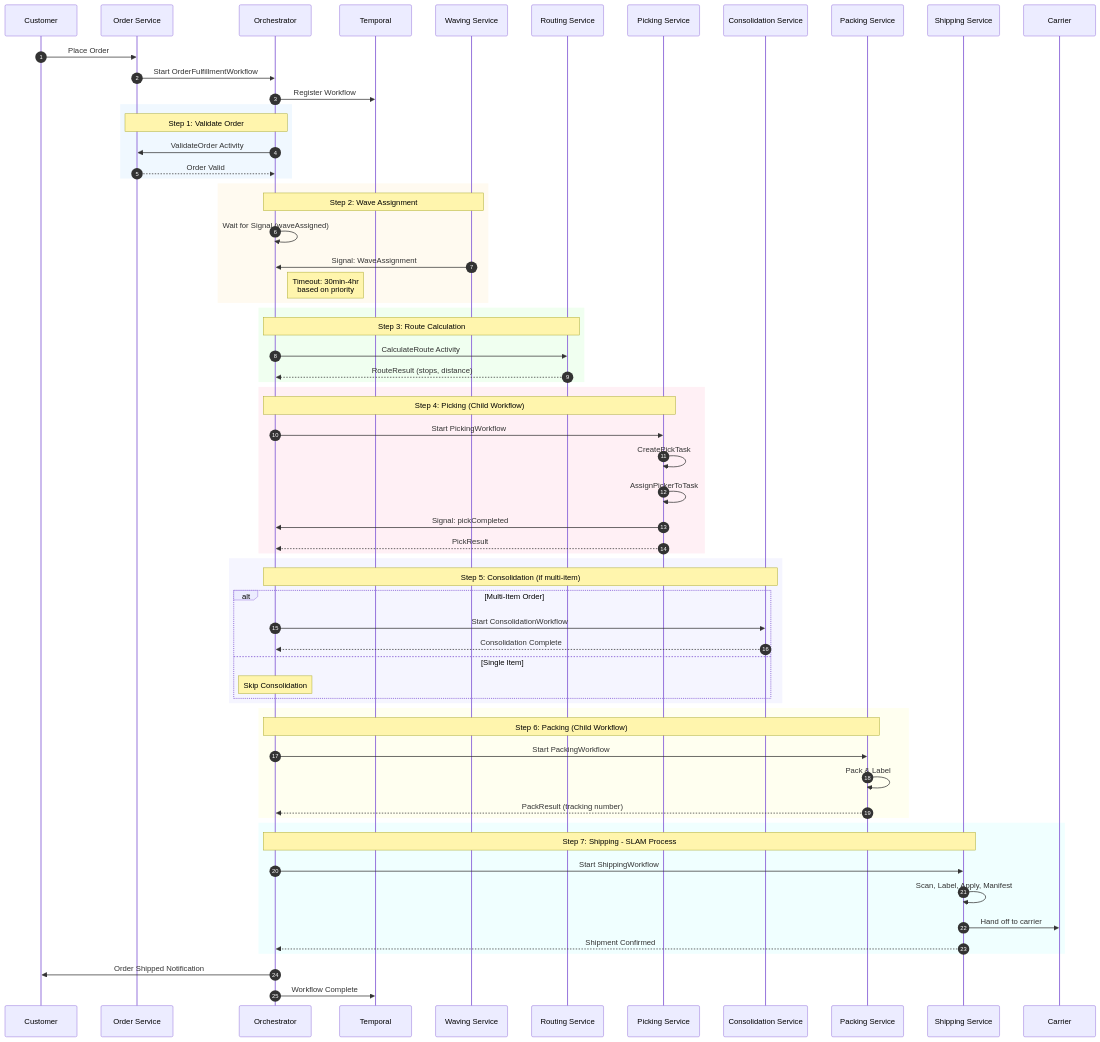
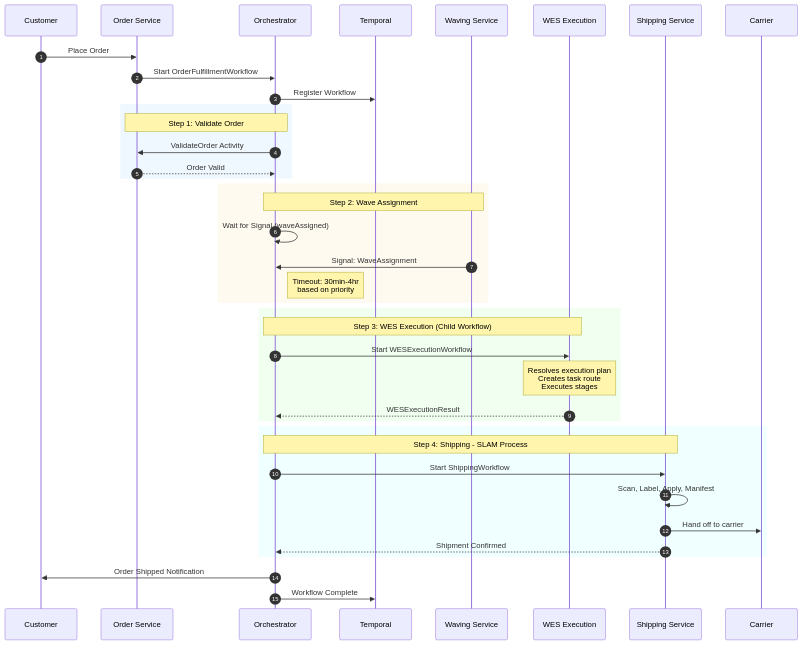
The first of 7 diagrams in ecosystem-documentation/docs/architecture/sequence-diagrams/order-fulfillment.md (temporal-wms/wms-platform), drawn with Mermaid before and after one commit. The commit also changed other lines of this file and 23 other files, not shown here.

First line of the commit message:
fix: add walling-service and wes-service to deployment pipeline

````diff
--- a/ecosystem-documentation/docs/architecture/sequence-diagrams/order-fulfillment.md
+++ b/ecosystem-documentation/docs/architecture/sequence-diagrams/order-fulfillment.md
@@ -11,75 +11,47 @@
 ```mermaid
 sequenceDiagram
     autonumber
     participant Customer
     participant OrderSvc as Order Service
     participant Orchestrator
     participant Temporal
     participant WavingSvc as Waving Service
-    participant RoutingSvc as Routing Service
-    participant PickingSvc as Picking Service
-    participant ConsolidationSvc as Consolidation Service
-    participant PackingSvc as Packing Service
+    participant WES as WES Execution
     participant ShippingSvc as Shipping Service
     participant Carrier
 
     Customer->>OrderSvc: Place Order
     OrderSvc->>Orchestrator: Start OrderFulfillmentWorkflow
     Orchestrator->>Temporal: Register Workflow
 
     rect rgb(240, 248, 255)
         Note over Orchestrator,OrderSvc: Step 1: Validate Order
         Orchestrator->>OrderSvc: ValidateOrder Activity
         OrderSvc-->>Orchestrator: Order Valid
     end
 
     rect rgb(255, 250, 240)
         Note over Orchestrator,WavingSvc: Step 2: Wave Assignment
         Orchestrator->>Orchestrator: Wait for Signal (waveAssigned)
         WavingSvc->>Orchestrator: Signal: WaveAssignment
         Note right of Orchestrator: Timeout: 30min-4hr<br/>based on priority
     end
 
     rect rgb(240, 255, 240)
-        Note over Orchestrator,RoutingSvc: Step 3: Route Calculation
-        Orchestrator->>RoutingSvc: CalculateRoute Activity
-        RoutingSvc-->>Orchestrator: RouteResult (stops, distance)
-    end
-
-    rect rgb(255, 240, 245)
-        Note over Orchestrator,PickingSvc: Step 4: Picking (Child Workflow)
-        Orchestrator->>PickingSvc: Start PickingWorkflow
-        PickingSvc->>PickingSvc: CreatePickTask
-        PickingSvc->>PickingSvc: AssignPickerToTask
-        PickingSvc->>Orchestrator: Signal: pickCompleted
-        PickingSvc-->>Orchestrator: PickResult
-    end
-
-    rect rgb(245, 245, 255)
-        Note over Orchestrator,ConsolidationSvc: Step 5: Consolidation (if multi-item)
-        alt Multi-Item Order
-            Orchestrator->>ConsolidationSvc: Start ConsolidationWorkflow
-            ConsolidationSvc-->>Orchestrator: Consolidation Complete
-        else Single Item
-            Note over Orchestrator: Skip Consolidation
-        end
-    end
-
-    rect rgb(255, 255, 240)
-        Note over Orchestrator,PackingSvc: Step 6: Packing (Child Workflow)
-        Orchestrator->>PackingSvc: Start PackingWorkflow
-        PackingSvc->>PackingSvc: Pack & Label
-        PackingSvc-->>Orchestrator: PackResult (tracking number)
+        Note over Orchestrator,WES: Step 3: WES Execution (Child Workflow)
+        Orchestrator->>WES: Start WESExecutionWorkflow
+        Note over WES: Resolves execution plan<br/>Creates task route<br/>Executes stages
+        WES-->>Orchestrator: WESExecutionResult
     end
 
     rect rgb(240, 255, 255)
-        Note over Orchestrator,ShippingSvc: Step 7: Shipping - SLAM Process
+        Note over Orchestrator,ShippingSvc: Step 4: Shipping - SLAM Process
         Orchestrator->>ShippingSvc: Start ShippingWorkflow
         ShippingSvc->>ShippingSvc: Scan, Label, Apply, Manifest
         ShippingSvc->>Carrier: Hand off to carrier
         ShippingSvc-->>Orchestrator: Shipment Confirmed
     end
 
     Orchestrator->>Customer: Order Shipped Notification
     Orchestrator->>Temporal: Workflow Complete
 ```
````
